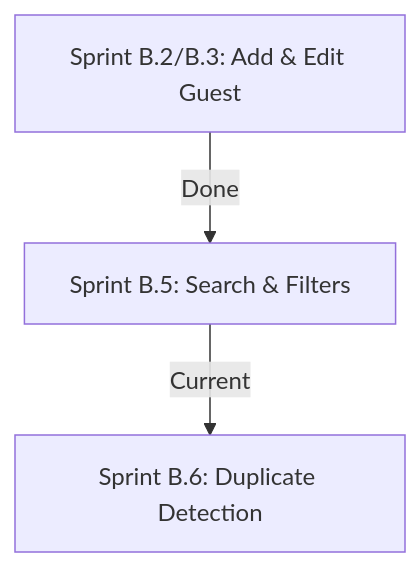
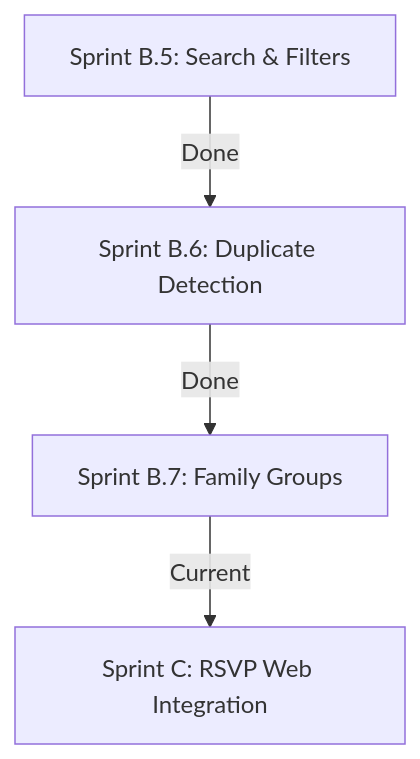
The diagram in AUDIT_REPORT.md (RozarKae/project-ra), drawn with Mermaid before and after one commit. The commit also changed other lines of this file, not shown here.

Commit message:
docs: update audit report to reflect Sprint B.7 transition to family-based accordion view and summary metrics

````diff
--- a/AUDIT_REPORT.md
+++ b/AUDIT_REPORT.md
@@ -55,5 +59,6 @@
 ```mermaid
 graph TD
-    A[Sprint B.2/B.3: Add & Edit Guest] -->|Done| B[Sprint B.5: Search & Filters]
-    B -->|Current| C[Sprint B.6: Duplicate Detection]
+    A[Sprint B.5: Search & Filters] -->|Done| B[Sprint B.6: Duplicate Detection]
+    B -->|Done| C[Sprint B.7: Family Groups]
+    C -->|Current| D[Sprint C: RSVP Web Integration]
 ```
````
